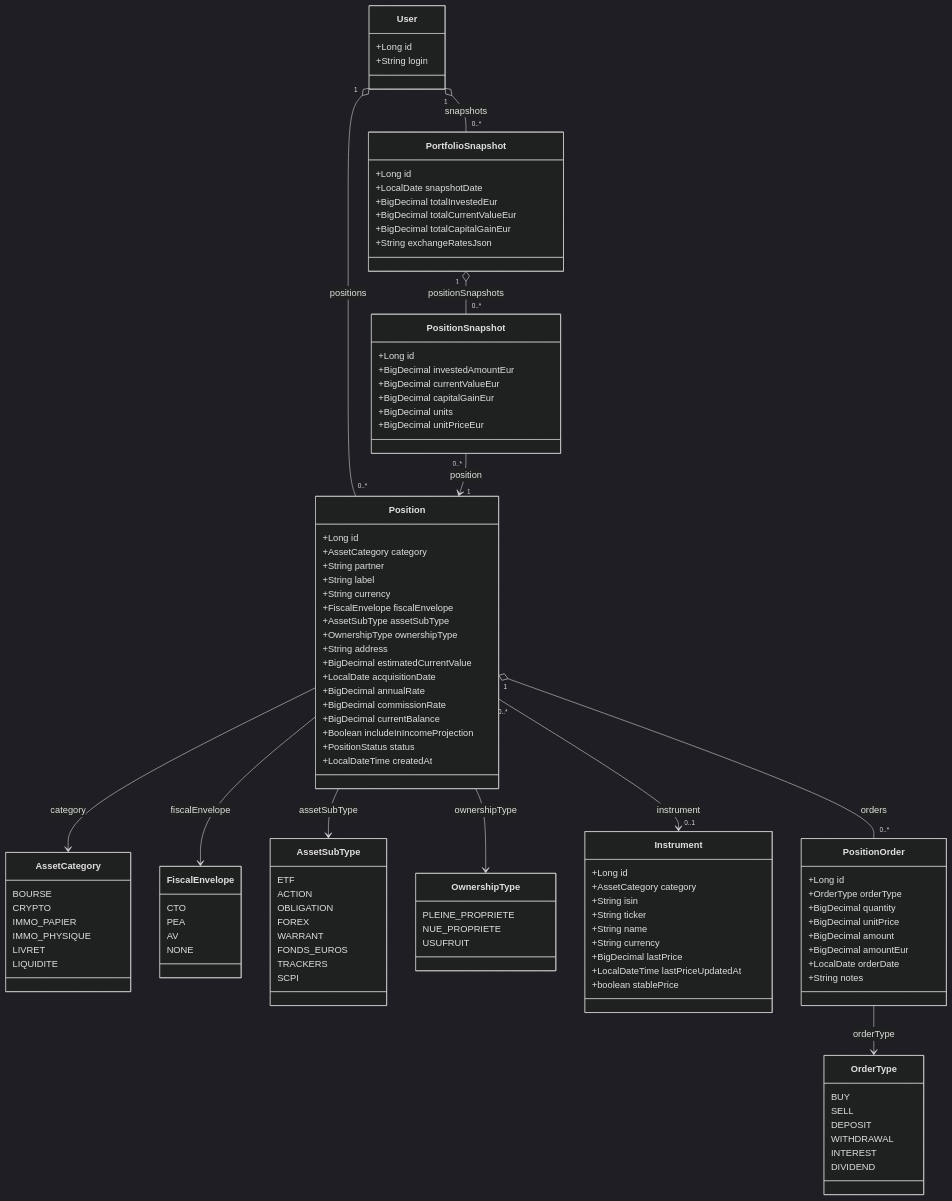
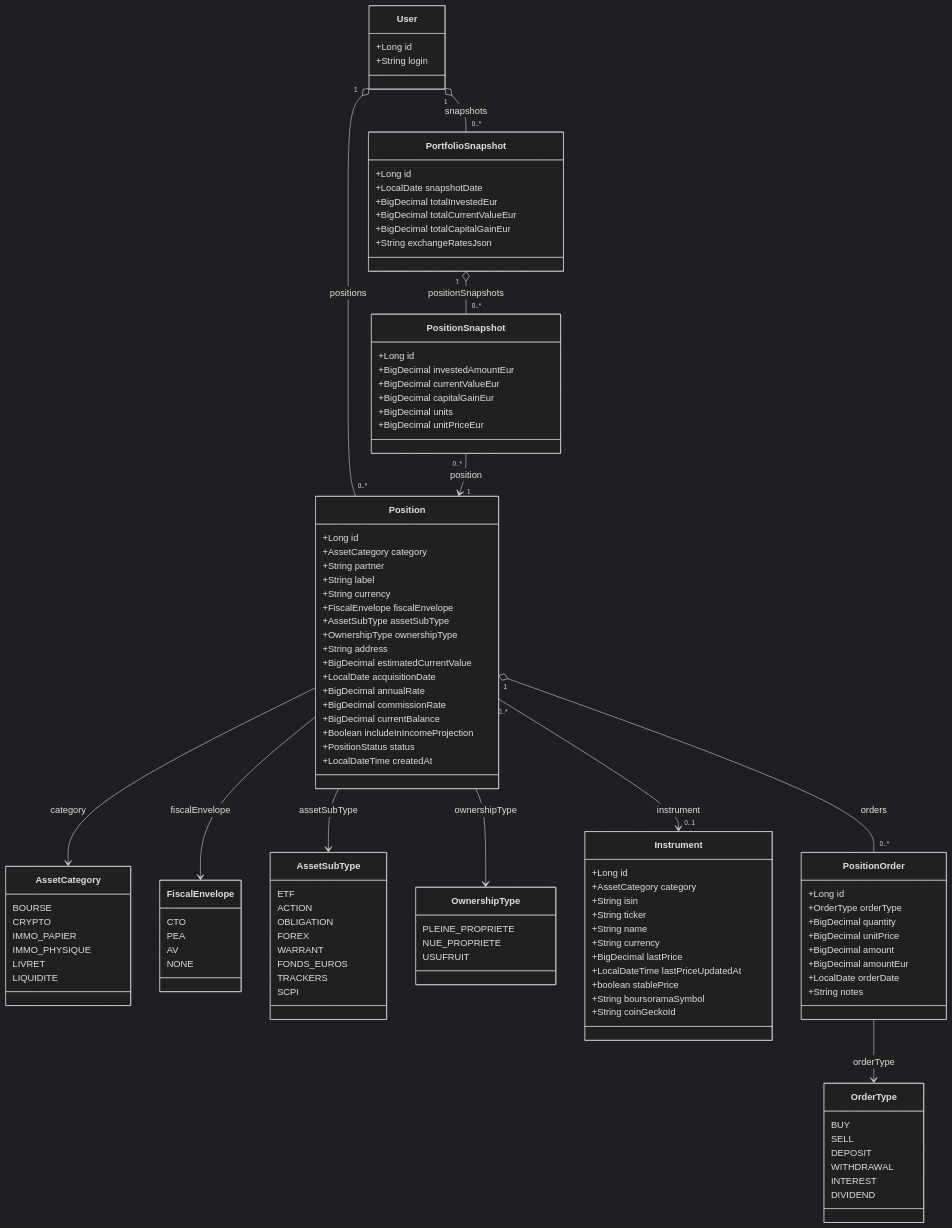
Before and after one commit to Neogost/MyFinance: the diagram in docs/architecture/patrimoine.md, drawn with Mermaid (dark theme). The commit also changed other lines of this file and 4 other files, not shown here.

```diff
--- a/docs/architecture/patrimoine.md
+++ b/docs/architecture/patrimoine.md
@@ -385,6 +386,8 @@
         +BigDecimal lastPrice
         +LocalDateTime lastPriceUpdatedAt
         +boolean stablePrice
+        +String boursoramaSymbol
+        +String coinGeckoId
     }
 
     class Position {
```
